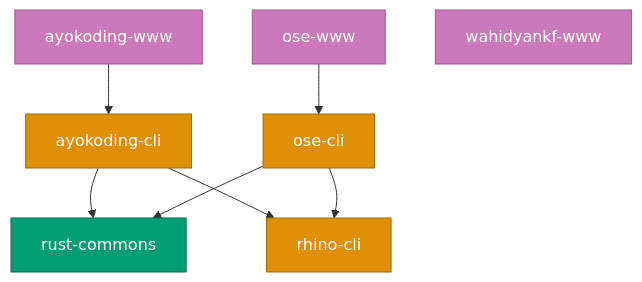
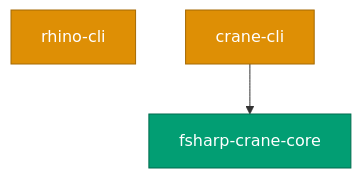
One commit to wahidyankf/open-sharia-fintech changed the first of 2 diagrams in docs/reference/project-dependency-graph.md. Above: the diagram before and after it, drawn with Mermaid. The commit also changed other lines of this file and 57 other files, not shown here.

````diff
--- a/docs/reference/project-dependency-graph.md
+++ b/docs/reference/project-dependency-graph.md
@@ -55,33 +58,14 @@
 ```mermaid
 graph TD
-  %% Content sites (top level)
-  AKW[ayokoding-www]
-  OPW[ose-www]
-  WKF[wahidyankf-www]
+  RC[rhino-cli]
+  CC[crane-cli]
+  FCC[fsharp-crane-core]
 
-  %% CLI tools
-  AKC[ayokoding-cli]
-  OPC[ose-cli]
-  RC[rhino-cli]
-
-  %% Rust lib
-  RSC[rust-commons]
-
-  %% Content site → CLI
-  AKW --> AKC
-  OPW --> OPC
-
-  %% CLI → shared libs
-  AKC --> RSC
-  AKC --> RC
-  OPC --> RSC
-  OPC --> RC
+  CC --> FCC
 
   classDef lib fill:#029E73,stroke:#016B4E,color:#FFFFFF
   classDef cli fill:#DE8F05,stroke:#A56A04,color:#FFFFFF
-  classDef site fill:#CC78BC,stroke:#9A5A8E,color:#FFFFFF
 
-  class RSC lib
-  class RC,AKC,OPC cli
-  class AKW,OPW,WKF site
+  class FCC lib
+  class RC,CC cli
 ```
````
